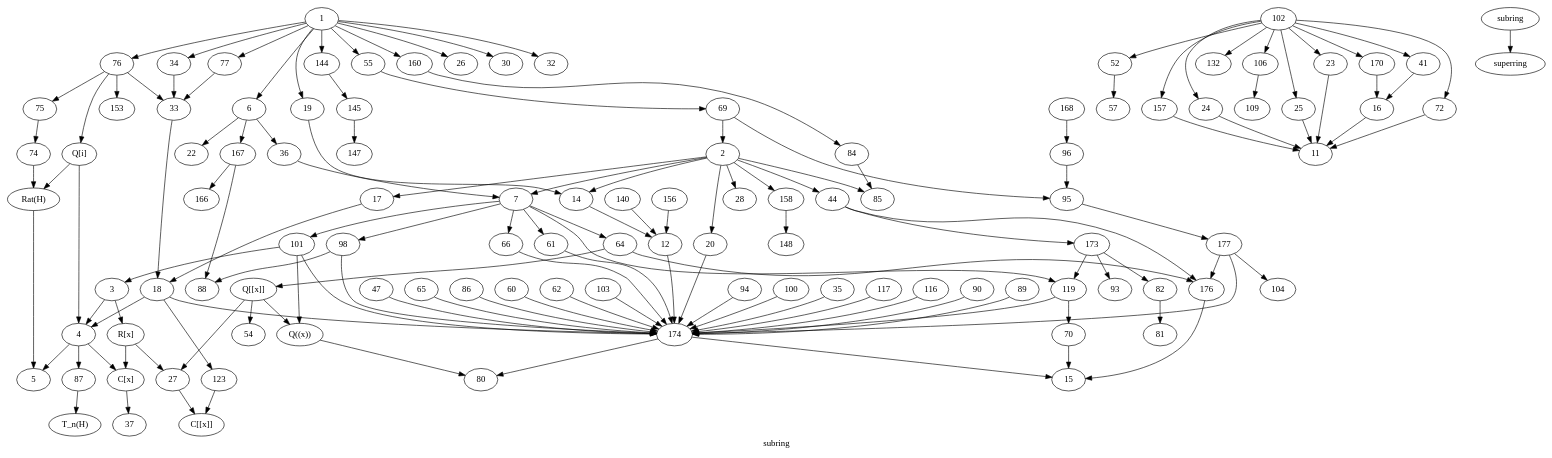
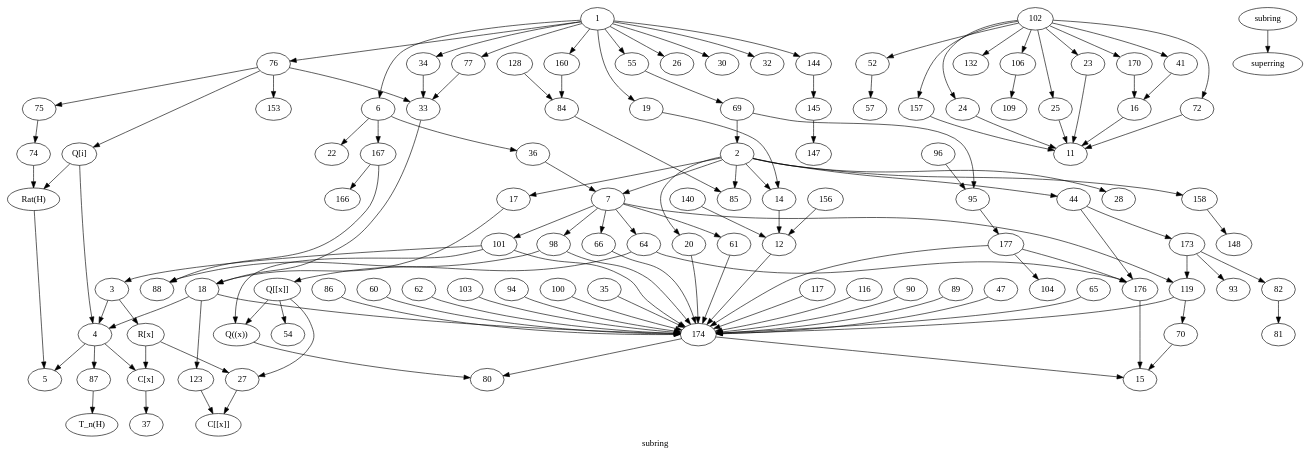
Before and after one commit to rschwiebert/dart_data: the diagram in map_dotfiles/subring.dot, drawn with Graphviz. The commit also changed 7 other files, not shown here.

```diff
--- a/map_dotfiles/subring.dot
+++ b/map_dotfiles/subring.dot
@@ -142,8 +142,12 @@
   35 -> 174;
   33 -> 18;
 //   7 -> 176;
+  96 -> 95;
+  177 -> 174;
   64 -> 176;
   177 -> 104;
+  177 -> 176;
+  128 -> 84;
   95 -> 177;
 
 
@@ -213,12 +217,7 @@
 
     // 81 -> 80;  ????? Don't recall this one: not sure where it came from
 
-
-  177 -> 176;
-  177 -> 174;
 //   168 -> 177;
 //   168 -> 95;
-  96 -> 95;
-  168 -> 96;
 
 }
```
